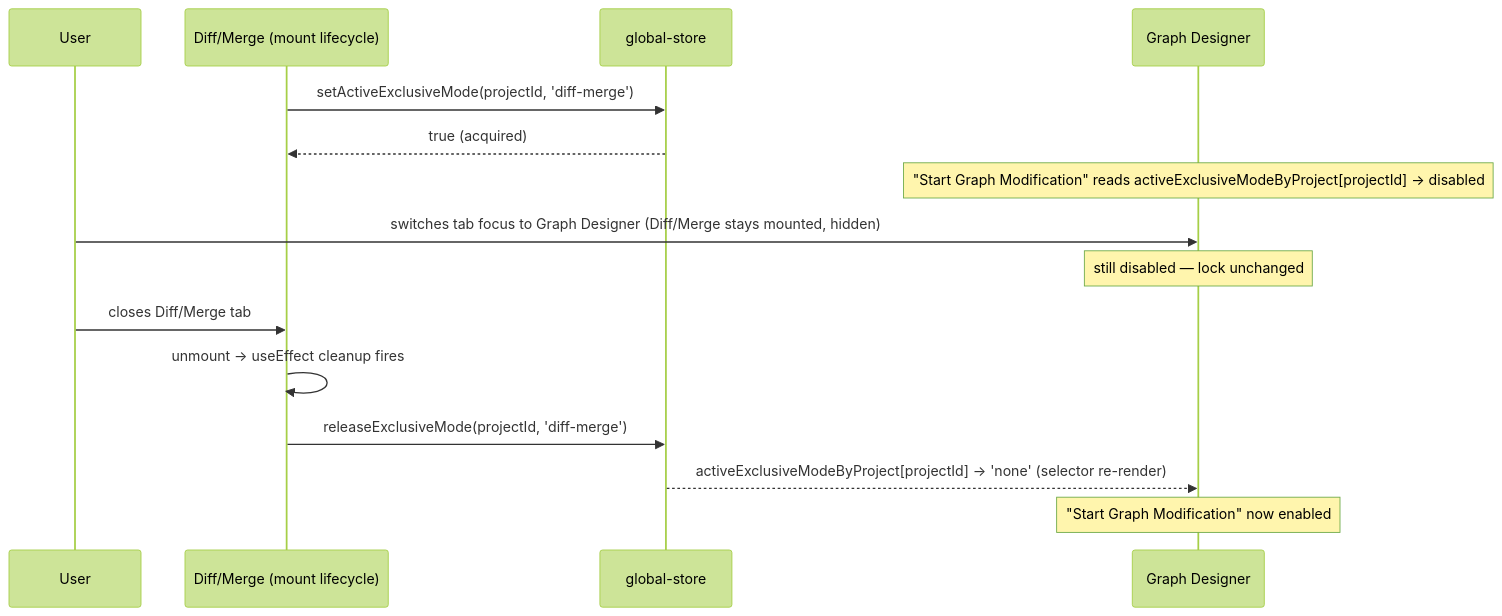
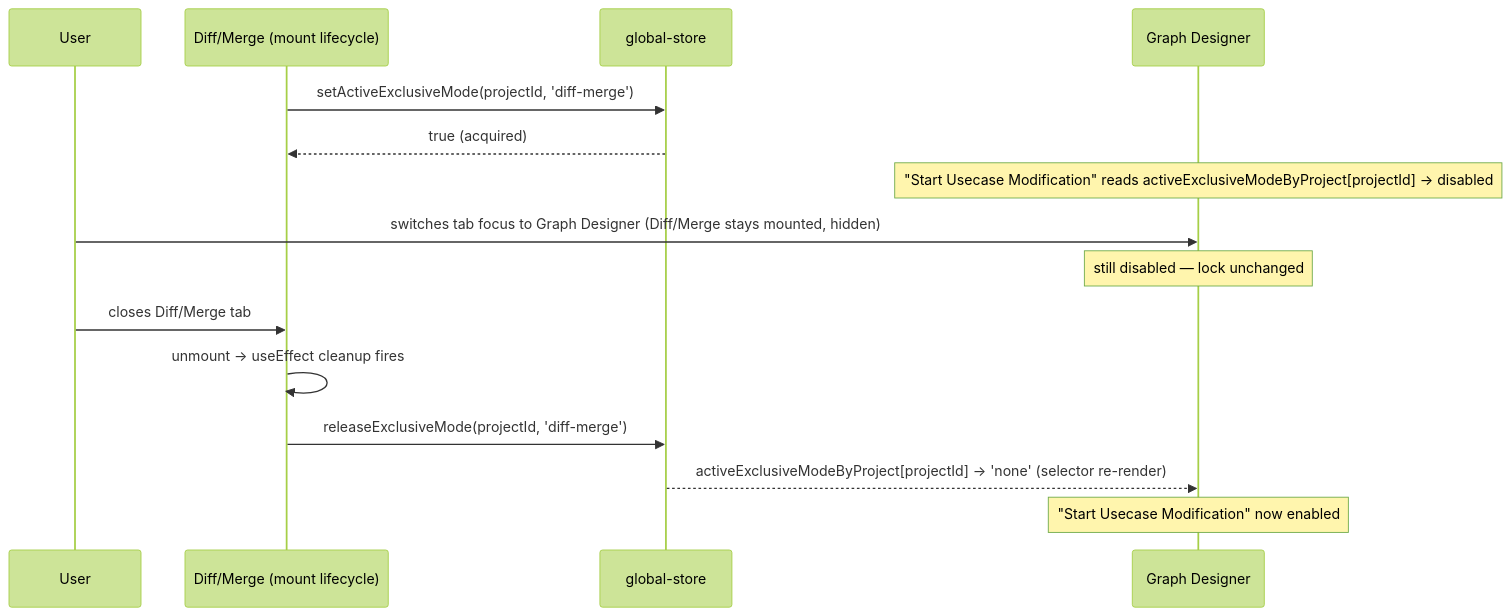
One commit to ramesh521/audioreach-creator-ui-2 changed the first of 3 diagrams in docs/graph-designer-edit/design/core-edit-session-design.md. Above: the diagram before and after it, drawn with Mermaid (forest theme). The commit also changed other lines of this file and 6 other files, not shown here.

First line of the commit message:
docs(react): rename graph designer to usecase designer

````diff
--- a/docs/graph-designer-edit/design/core-edit-session-design.md
+++ b/docs/graph-designer-edit/design/core-edit-session-design.md
@@ -392,18 +392,18 @@
 ```mermaid
 sequenceDiagram
   participant U as User
   participant DM as Diff/Merge (mount lifecycle)
   participant G as global-store
   participant GD as Graph Designer
 
   DM->>G: setActiveExclusiveMode(projectId, 'diff-merge')
   G-->>DM: true (acquired)
-  Note over GD: "Start Graph Modification" reads activeExclusiveModeByProject[projectId] → disabled
+  Note over GD: "Start Usecase Modification" reads activeExclusiveModeByProject[projectId] → disabled
   U->>GD: switches tab focus to Graph Designer (Diff/Merge stays mounted, hidden)
   Note over GD: still disabled — lock unchanged
   U->>DM: closes Diff/Merge tab
   DM->>DM: unmount → useEffect cleanup fires
   DM->>G: releaseExclusiveMode(projectId, 'diff-merge')
   G-->>GD: activeExclusiveModeByProject[projectId] → 'none' (selector re-render)
-  Note over GD: "Start Graph Modification" now enabled
+  Note over GD: "Start Usecase Modification" now enabled
 ```
````
